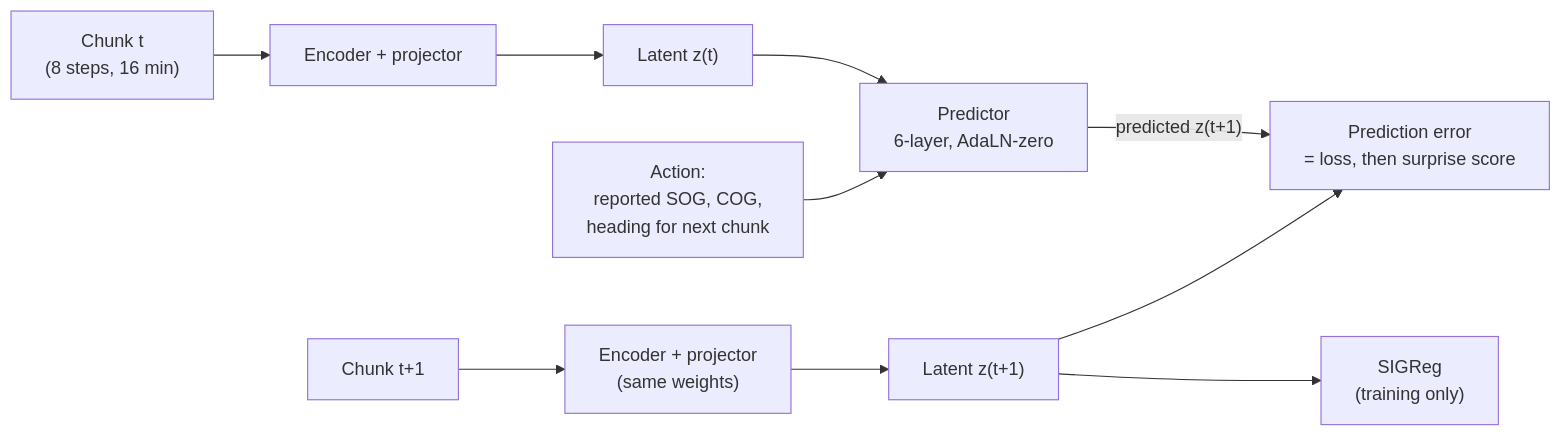
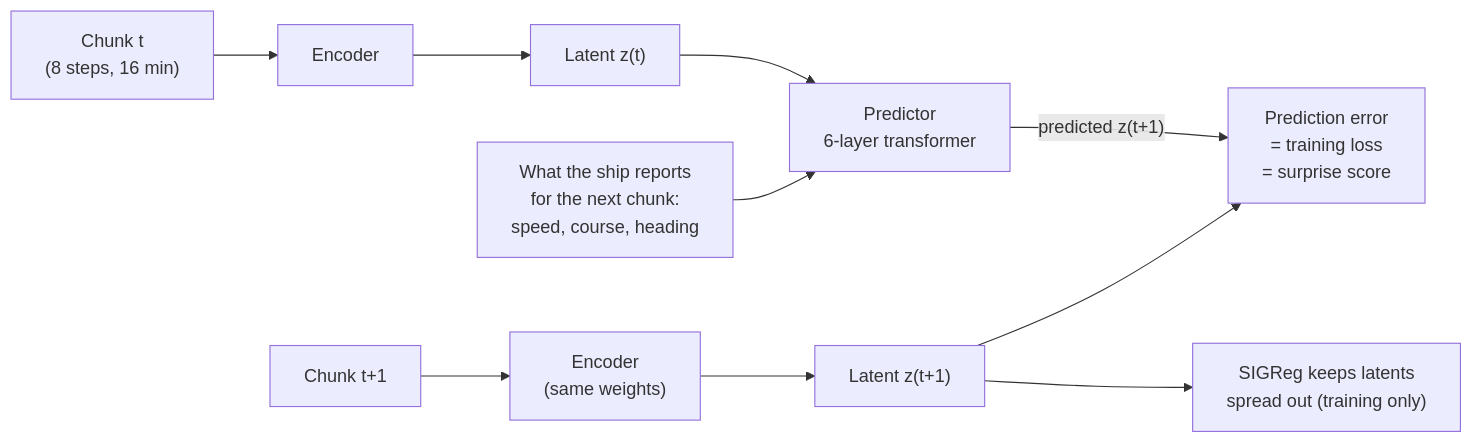
Before and after one commit to PCSchmidt/latent-wake: the second of 2 diagrams in README.md, drawn with Mermaid. The commit also changed other lines of this file and 6 other files, not shown here.

````diff
--- a/README.md
+++ b/README.md
@@ -17,9 +102,9 @@
 ```mermaid
 flowchart LR
-    A["Chunk t<br/>(8 steps, 16 min)"] --> E1["Encoder + projector"] --> Z1["Latent z(t)"] --> P["Predictor<br/>6-layer, AdaLN-zero"]
-    ACT["Action:<br/>reported SOG, COG,<br/>heading for next chunk"] --> P
-    B["Chunk t+1"] --> E2["Encoder + projector<br/>(same weights)"] --> Z2["Latent z(t+1)"]
-    P -->|"predicted z(t+1)"| ERR["Prediction error<br/>= loss, then surprise score"]
+    A["Chunk t<br/>(8 steps, 16 min)"] --> E1["Encoder"] --> Z1["Latent z(t)"] --> P["Predictor<br/>6-layer transformer"]
+    ACT["What the ship reports<br/>for the next chunk:<br/>speed, course, heading"] --> P
+    B["Chunk t+1"] --> E2["Encoder<br/>(same weights)"] --> Z2["Latent z(t+1)"]
+    P -->|"predicted z(t+1)"| ERR["Prediction error<br/>= training loss<br/>= surprise score"]
     Z2 --> ERR
-    Z2 --> S["SIGReg<br/>(training only)"]
+    Z2 --> S["SIGReg keeps latents<br/>spread out (training only)"]
 ```
````
